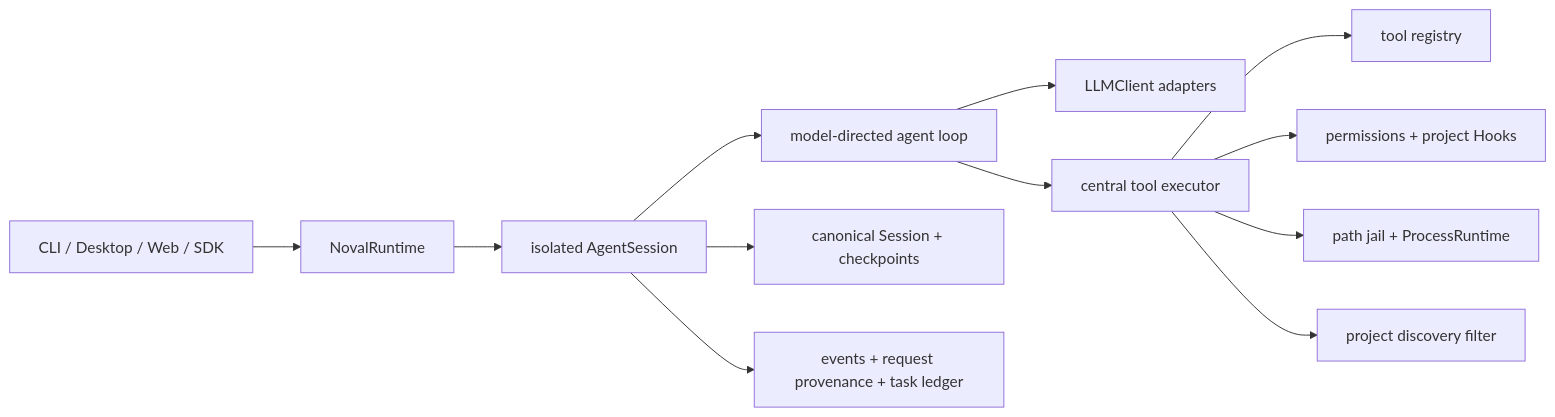
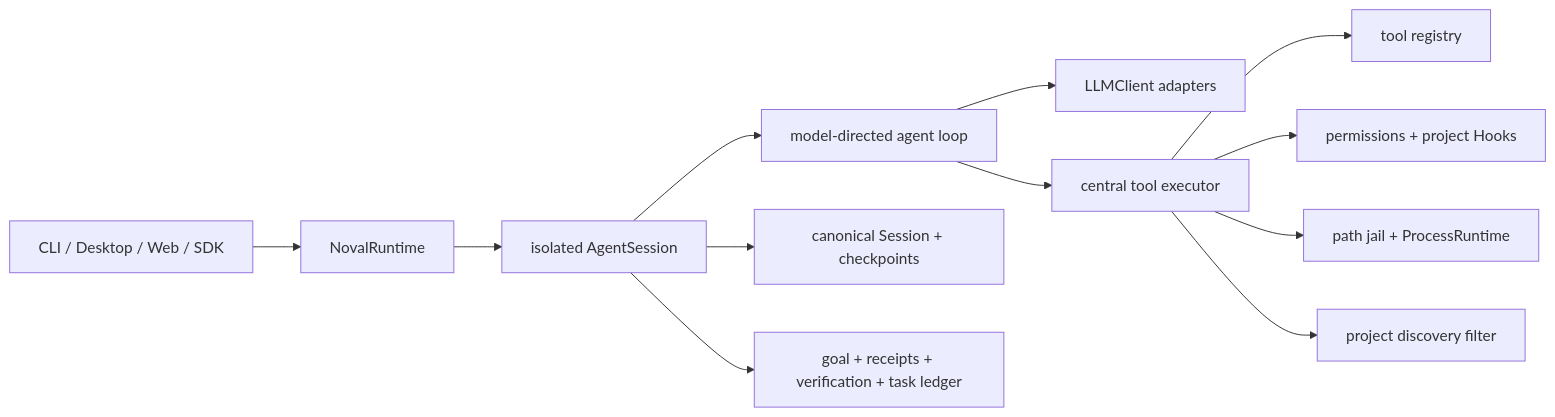
One commit to kestiny18/Noval changed the diagram in DESIGN.md. Above: the diagram before and after it, drawn with Mermaid. The commit also changed other lines of this file and 36 other files, not shown here.

First line of the commit message:
feat: establish goal, evidence, and completion contracts (#19)

````diff
--- a/DESIGN.md
+++ b/DESIGN.md
@@ -33,14 +33,14 @@
 ```mermaid
 flowchart LR
     Host["CLI / Desktop / Web / SDK"] --> Runtime["NovalRuntime"]
     Runtime --> Sessions["isolated AgentSession"]
     Sessions --> Agent["model-directed agent loop"]
     Agent --> Provider["LLMClient adapters"]
     Agent --> Executor["central tool executor"]
     Executor --> Registry["tool registry"]
     Executor --> Authority["permissions + project Hooks"]
     Executor --> Boundary["path jail + ProcessRuntime"]
     Executor --> Discovery["project discovery filter"]
     Sessions --> State["canonical Session + checkpoints"]
-    Sessions --> Evidence["events + request provenance + task ledger"]
+    Sessions --> Evidence["goal + receipts + verification + task ledger"]
 ```
````
